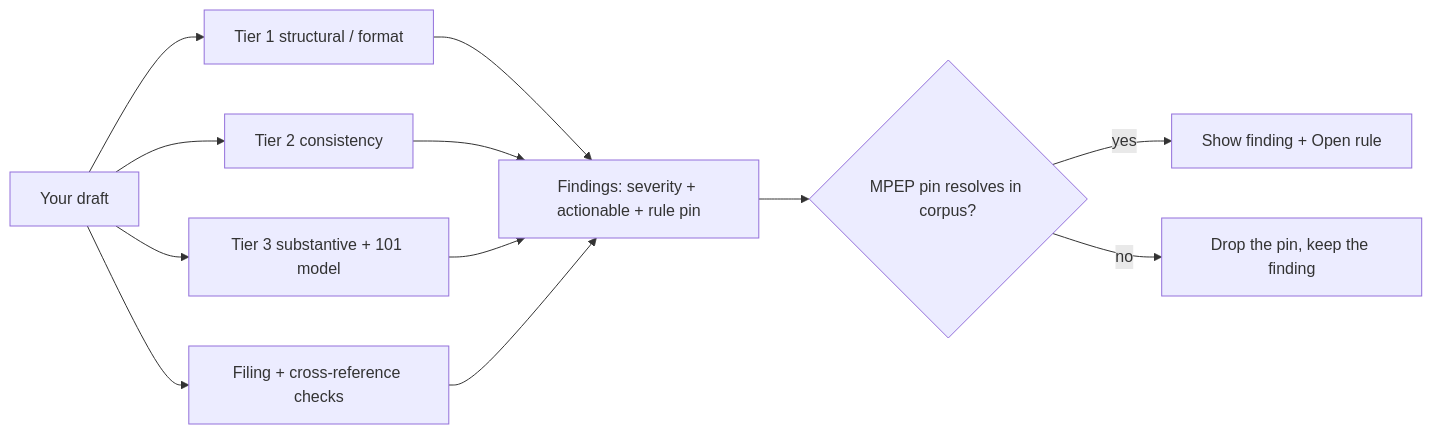
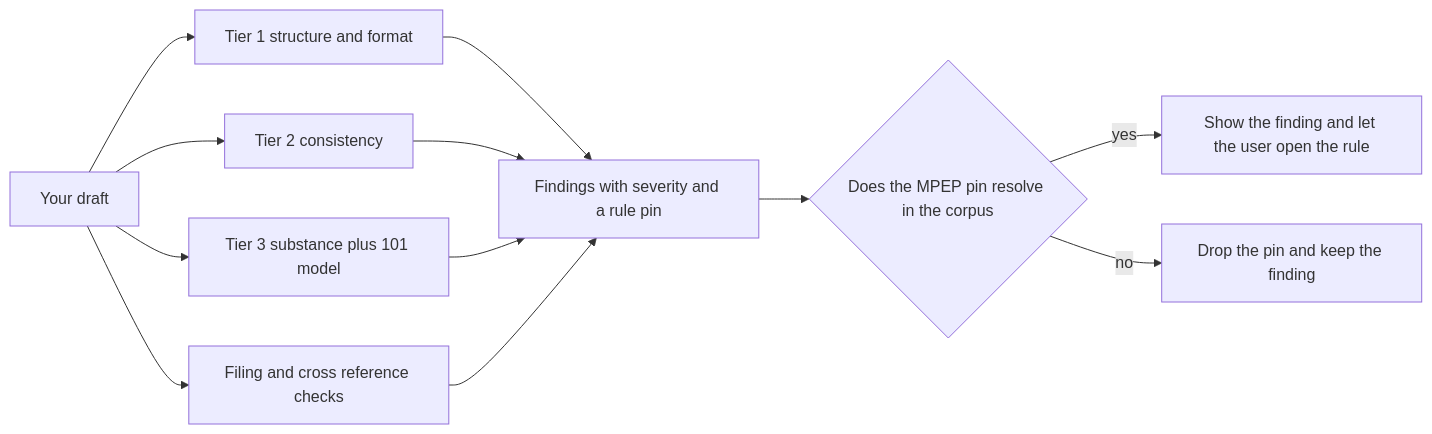
The second of 4 diagrams in README.md (aaravmin/Pincite), drawn with Mermaid before and after one commit. The commit also changed other lines of this file and 29 other files, not shown here.

````diff
--- a/README.md
+++ b/README.md
@@ -50,14 +55,14 @@
 ```mermaid
 flowchart LR
-  A[Your draft] --> B[Tier 1 structural / format]
+  A[Your draft] --> B[Tier 1 structure and format]
   A --> C[Tier 2 consistency]
-  A --> D[Tier 3 substantive + 101 model]
-  A --> E[Filing + cross-reference checks]
-  B --> F[Findings: severity + actionable + rule pin]
+  A --> D[Tier 3 substance plus 101 model]
+  A --> E[Filing and cross reference checks]
+  B --> F[Findings with severity and a rule pin]
   C --> F
   D --> F
   E --> F
-  F --> G{MPEP pin resolves in corpus?}
-  G -->|yes| H[Show finding + Open rule]
-  G -->|no| I[Drop the pin, keep the finding]
+  F --> G{Does the MPEP pin resolve in the corpus}
+  G -->|yes| H[Show the finding and let the user open the rule]
+  G -->|no| I[Drop the pin and keep the finding]
 ```
````
